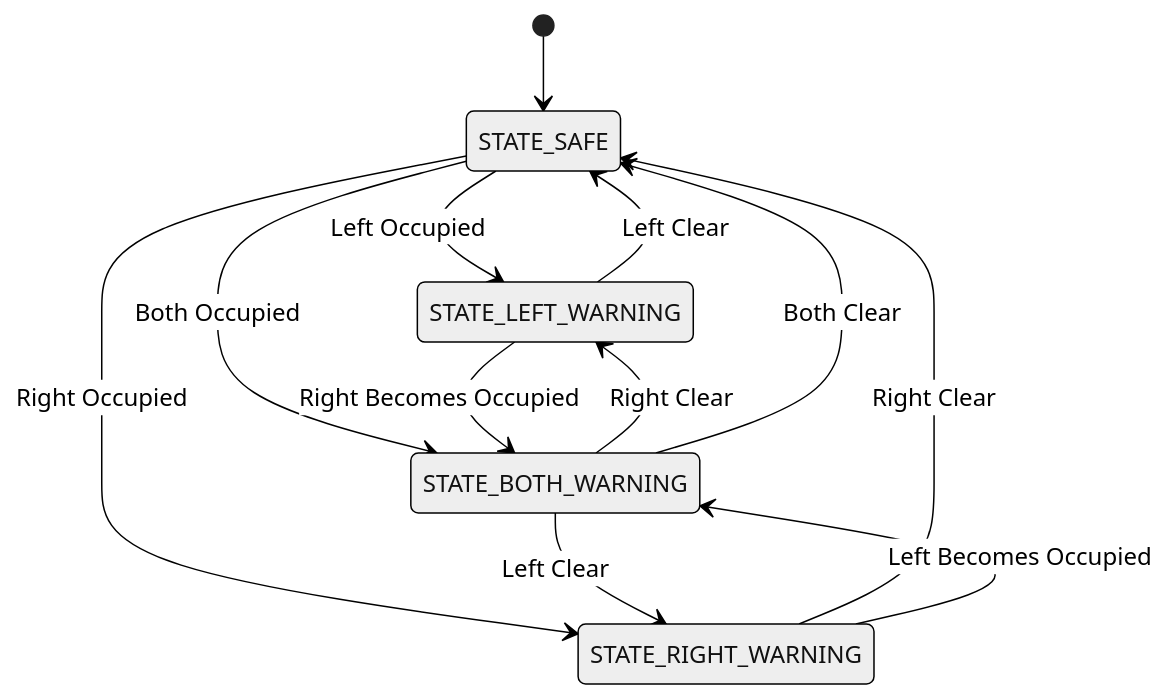
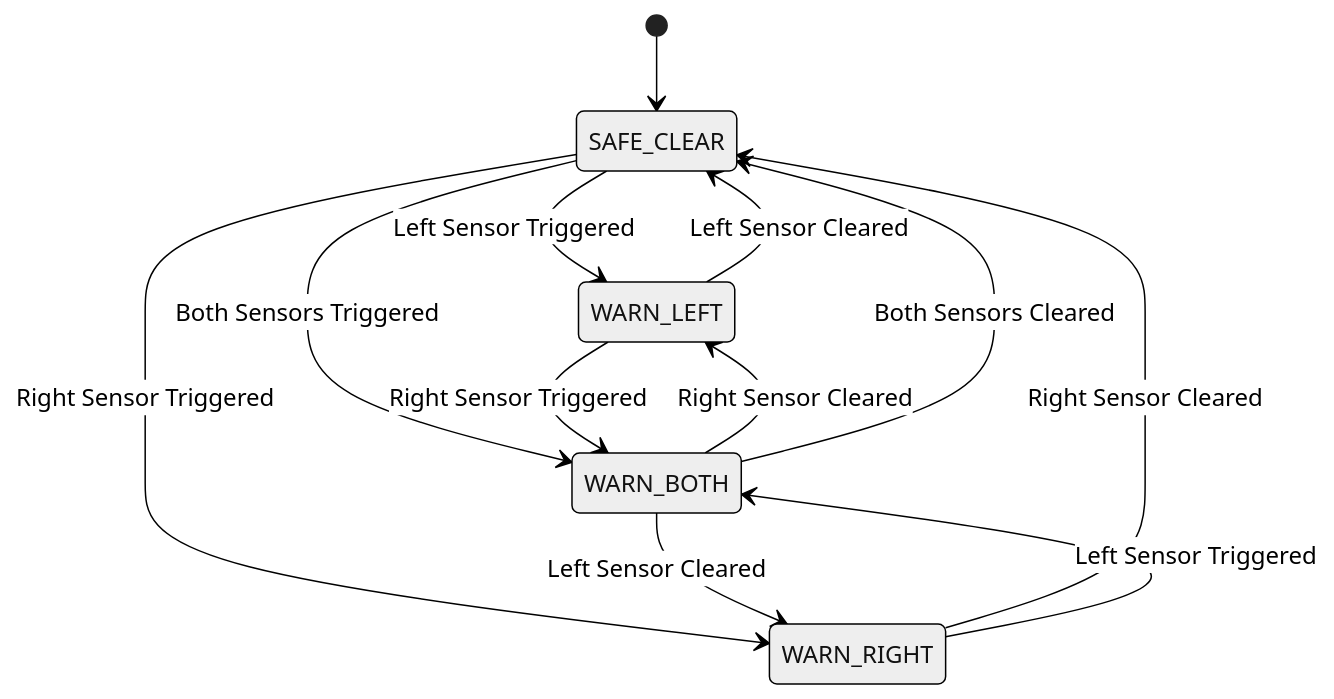
One commit to DevInfinix/BlindSpottr changed the second of 2 diagrams in README.md. Above: the diagram before and after it, drawn with Mermaid (neutral theme). The commit also changed other lines of this file and 9 other files, not shown here.

````diff
--- a/README.md
+++ b/README.md
@@ -118,17 +181,18 @@
 ```mermaid
 stateDiagram-v2
-    [*] --> STATE_SAFE
-    STATE_SAFE --> STATE_LEFT_WARNING : Left Occupied
-    STATE_SAFE --> STATE_RIGHT_WARNING : Right Occupied
-    STATE_SAFE --> STATE_BOTH_WARNING : Both Occupied
+    [*] --> SAFE_CLEAR
 
-    STATE_LEFT_WARNING --> STATE_SAFE : Left Clear
-    STATE_LEFT_WARNING --> STATE_BOTH_WARNING : Right Becomes Occupied
+    SAFE_CLEAR --> WARN_LEFT : Left Sensor Triggered
+    SAFE_CLEAR --> WARN_RIGHT : Right Sensor Triggered
+    SAFE_CLEAR --> WARN_BOTH : Both Sensors Triggered
 
-    STATE_RIGHT_WARNING --> STATE_SAFE : Right Clear
-    STATE_RIGHT_WARNING --> STATE_BOTH_WARNING : Left Becomes Occupied
+    WARN_LEFT --> SAFE_CLEAR : Left Sensor Cleared
+    WARN_LEFT --> WARN_BOTH : Right Sensor Triggered
 
-    STATE_BOTH_WARNING --> STATE_LEFT_WARNING : Right Clear
-    STATE_BOTH_WARNING --> STATE_RIGHT_WARNING : Left Clear
-    STATE_BOTH_WARNING --> STATE_SAFE : Both Clear
+    WARN_RIGHT --> SAFE_CLEAR : Right Sensor Cleared
+    WARN_RIGHT --> WARN_BOTH : Left Sensor Triggered
+
+    WARN_BOTH --> WARN_LEFT : Right Sensor Cleared
+    WARN_BOTH --> WARN_RIGHT : Left Sensor Cleared
+    WARN_BOTH --> SAFE_CLEAR : Both Sensors Cleared
 ```
````
